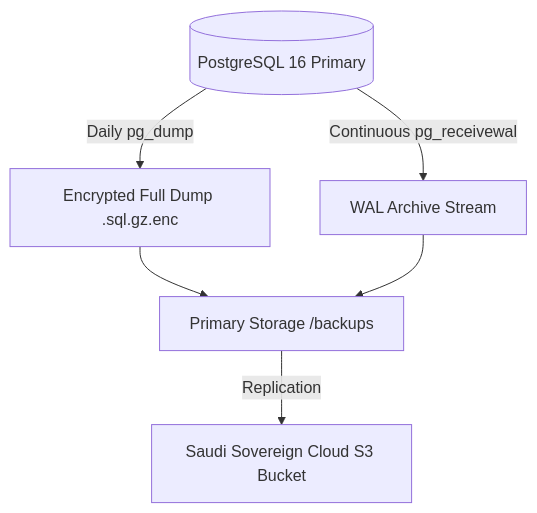
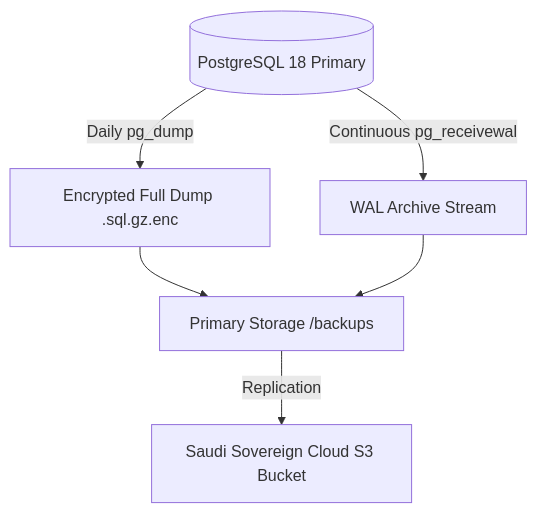
The diagram in docs/backup/backup-strategy.md (Ahmed4Devs/SA-ERP-GoLang), drawn with Mermaid before and after one commit. The commit also changed 5 other files, not shown here.

Commit message:
docs(arch): standardize database specification to PostgreSQL 18

````diff
--- a/docs/backup/backup-strategy.md
+++ b/docs/backup/backup-strategy.md
@@ -13,8 +13,8 @@
 ```mermaid
 graph TD
-    DB[(PostgreSQL 16 Primary)] -->|Daily pg_dump| FullDump[Encrypted Full Dump .sql.gz.enc]
+    DB[(PostgreSQL 18 Primary)] -->|Daily pg_dump| FullDump[Encrypted Full Dump .sql.gz.enc]
     DB -->|Continuous pg_receivewal| WALArchive[WAL Archive Stream]
     FullDump --> S3Local[Primary Storage /backups]
     WALArchive --> S3Local
     S3Local -->|Replication| S3Riyadh[Saudi Sovereign Cloud S3 Bucket]
 ```
````
